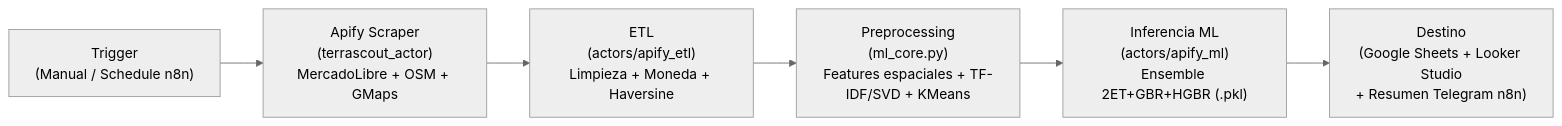
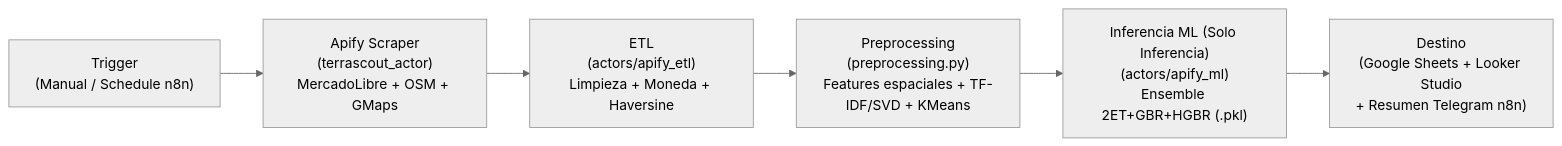
The diagram in README.md (JonathanHiriart/CampAR), drawn with Mermaid (neutral theme) before and after one commit. The commit also changed other lines of this file and 2 other files, not shown here.

Commit message:
refactor(apify_ml): actualizar notebook, tests (44 passed) y README en main (4/4)

````diff
--- a/README.md
+++ b/README.md
@@ -11,8 +11,8 @@
 ```mermaid
 flowchart LR
     T["Trigger<br/>(Manual / Schedule n8n)"] --> S["Apify Scraper<br/>(terrascout_actor)<br/>MercadoLibre + OSM + GMaps"]
     S --> E["ETL<br/>(actors/apify_etl)<br/>Limpieza + Moneda + Haversine"]
-    E --> P["Preprocessing<br/>(ml_core.py)<br/>Features espaciales + TF-IDF/SVD + KMeans"]
-    P --> I["Inferencia ML<br/>(actors/apify_ml)<br/>Ensemble 2ET+GBR+HGBR (.pkl)"]
+    E --> P["Preprocessing<br/>(preprocessing.py)<br/>Features espaciales + TF-IDF/SVD + KMeans"]
+    P --> I["Inferencia ML (Solo Inferencia)<br/>(actors/apify_ml)<br/>Ensemble 2ET+GBR+HGBR (.pkl)"]
     I --> D["Destino<br/>(Google Sheets + Looker Studio<br/>+ Resumen Telegram n8n)"]
 ```
````
